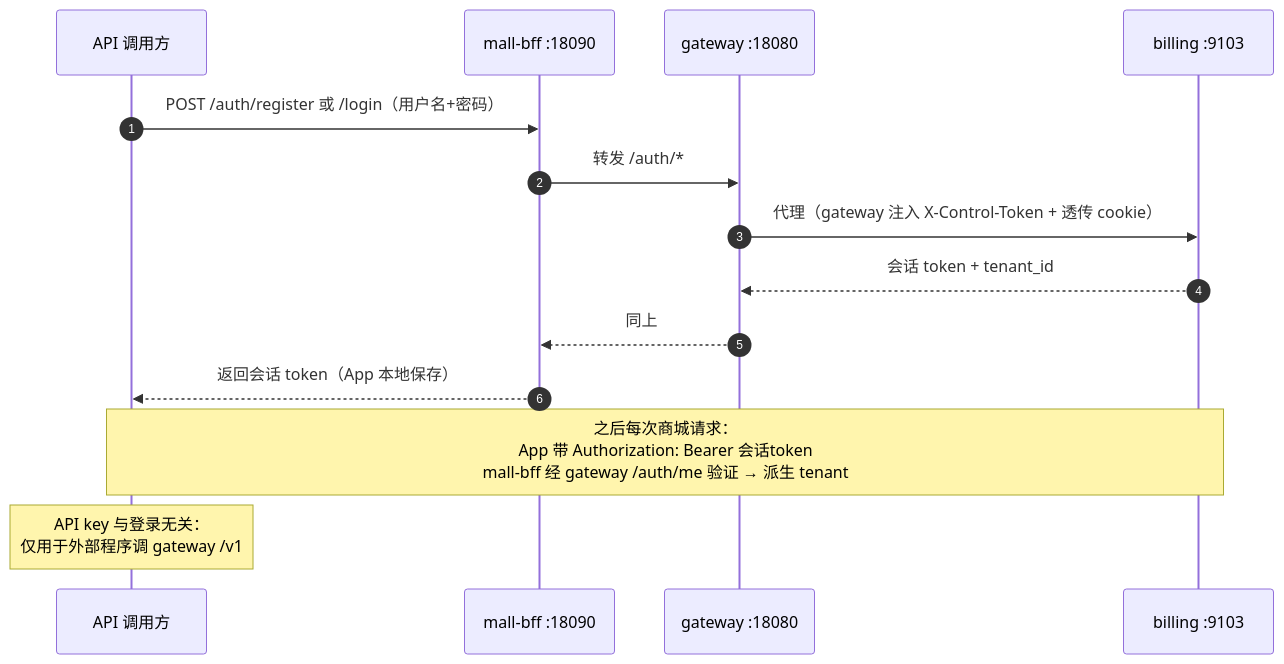
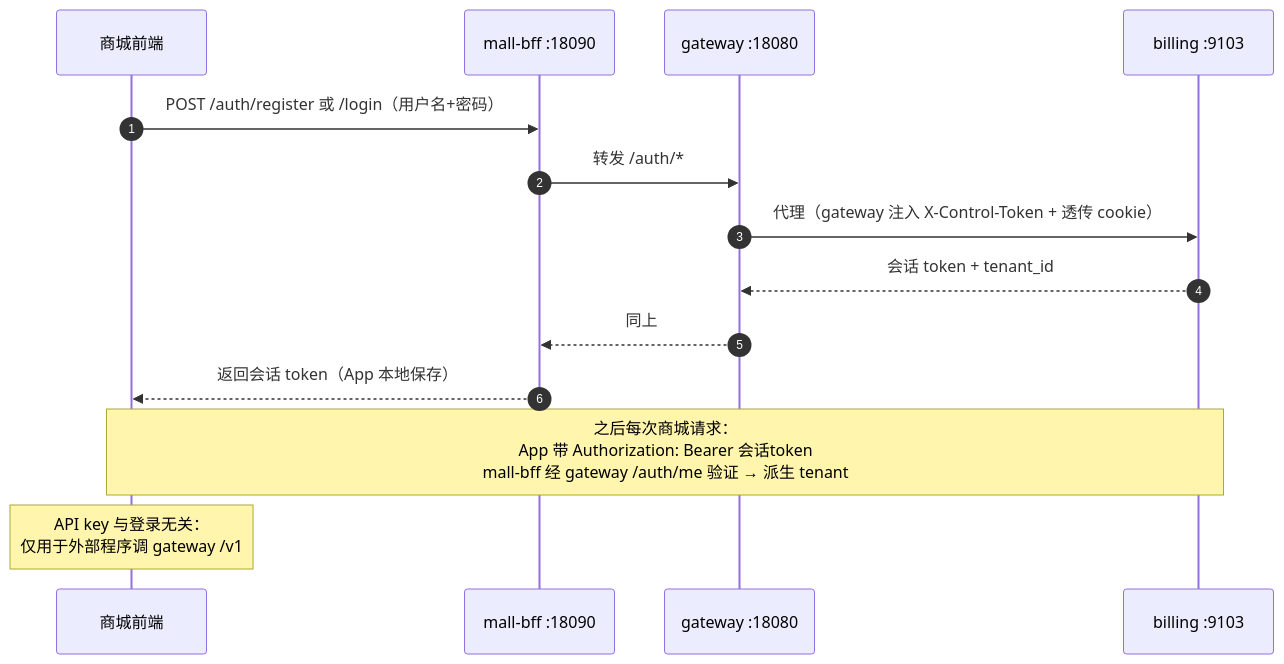
One commit to frostloom/my-market changed the seventh of 8 diagrams in docs/architecture.md. Above: the diagram before and after it, drawn with Mermaid. The commit also changed other lines of this file and 3 other files, not shown here.

````diff
--- a/docs/architecture.md
+++ b/docs/architecture.md
@@ -257,17 +259,17 @@
 ```mermaid
 sequenceDiagram
     autonumber
-    participant A as API 调用方
+    participant A as 商城前端
     participant B as mall-bff :18090
     participant G as gateway :18080
     participant L as billing :9103
 
     A->>B: POST /auth/register 或 /login（用户名+密码）
     B->>G: 转发 /auth/*
     G->>L: 代理（gateway 注入 X-Control-Token + 透传 cookie）
     L-->>G: 会话 token + tenant_id
     G-->>B: 同上
     B-->>A: 返回会话 token（App 本地保存）
     note over A,L: 之后每次商城请求：<br/>App 带 Authorization: Bearer 会话token<br/>mall-bff 经 gateway /auth/me 验证 → 派生 tenant
     note over A: API key 与登录无关：<br/>仅用于外部程序调 gateway /v1
 ```
````
